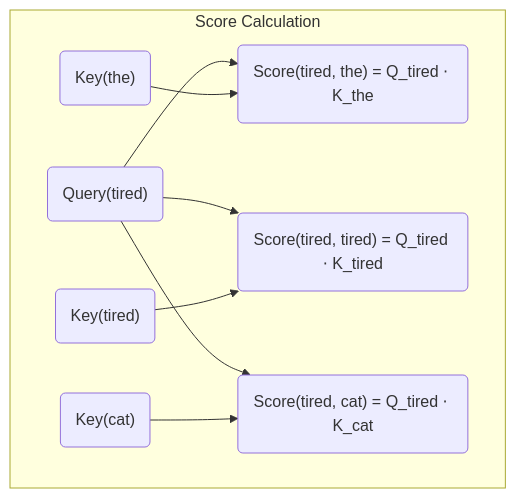
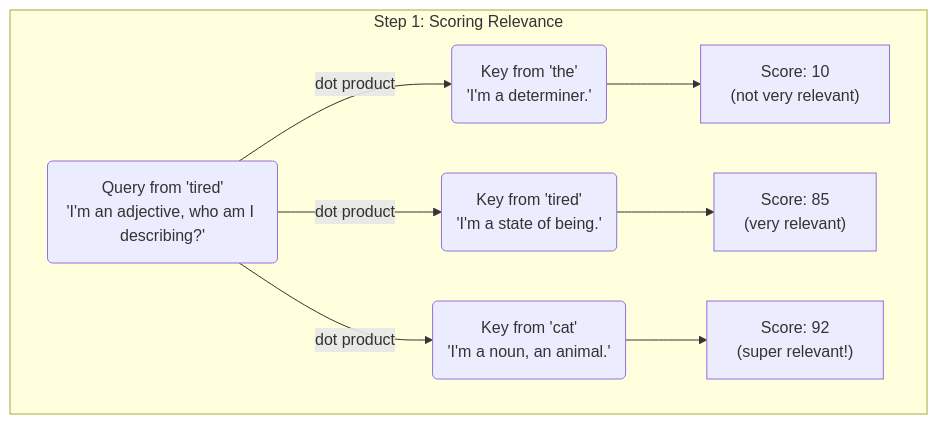
One commit to isaaclins/isaaclins.github.io changed the fourth of 6 diagrams in content/blog/ai-deep-dive.md. Above: the diagram before and after it, drawn with Mermaid. The commit also changed other lines of this file, not shown here.

````diff
--- a/content/blog/ai-deep-dive.md
+++ b/content/blog/ai-deep-dive.md
@@ -229,18 +188,18 @@
 ```mermaid
 graph TD
-    subgraph Score Calculation
-        Q_tired("Query(tired)")
-        K_the("Key(the)")
-        K_tired("Key(tired)")
-        K_cat("Key(cat)")
+    subgraph "Step 1: Scoring Relevance"
+        Q_tired("Query from 'tired'<br/>'I'm an adjective, who am I describing?'")
 
-        Score1("Score(tired, the) = Q_tired ⋅ K_the")
-        Score2("Score(tired, tired) = Q_tired ⋅ K_tired")
-        Score3("Score(tired, cat) = Q_tired ⋅ K_cat")
+        K_the("Key from 'the'<br/>'I'm a determiner.'")
+        K_tired("Key from 'tired'<br/>'I'm a state of being.'")
+        K_cat("Key from 'cat'<br/>'I'm a noun, an animal.'")
 
-        Q_tired --> Score1 & Score2 & Score3
-        K_the --> Score1
-        K_tired --> Score2
-        K_cat --> Score3
+        Score1["Score: 10<br/>(not very relevant)"]
+        Score2["Score: 85<br/>(very relevant)"]
+        Score3["Score: 92<br/>(super relevant!)"]
+
+        Q_tired -->|"dot product"| K_the --> Score1
+        Q_tired -->|"dot product"| K_tired --> Score2
+        Q_tired -->|"dot product"| K_cat --> Score3
     end
 ```
````
